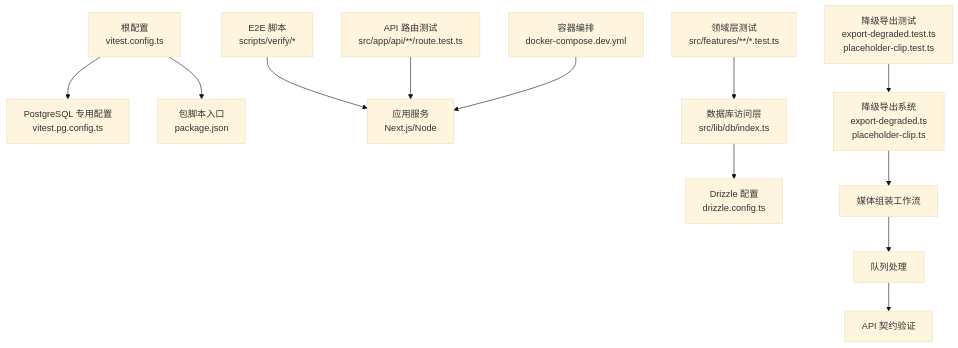
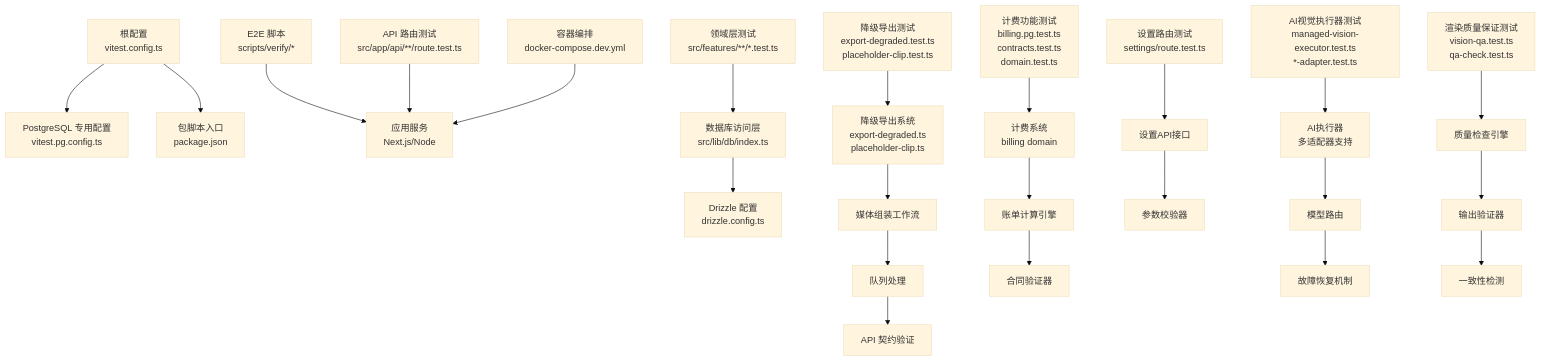
Before and after one commit to scottcwy/PurpleInk: the first of 12 diagrams in .qoder/repowiki/zh/content/测试策略/测试策略.md, drawn with Mermaid (base theme). The commit also changed other lines of this file and 48 other files, not shown here.

````diff
--- a/.qoder/repowiki/zh/content/测试策略/测试策略.md
+++ b/.qoder/repowiki/zh/content/测试策略/测试策略.md
@@ -71,14 +105,25 @@
 ```mermaid
 graph TB
 A["根配置<br/>vitest.config.ts"] --> B["PostgreSQL 专用配置<br/>vitest.pg.config.ts"]
 A --> C["包脚本入口<br/>package.json"]
 D["E2E 脚本<br/>scripts/verify/*"] --> E["应用服务<br/>Next.js/Node"]
 F["API 路由测试<br/>src/app/api/**/route.test.ts"] --> E
 G["领域层测试<br/>src/features/**/*.test.ts"] --> H["数据库访问层<br/>src/lib/db/index.ts"]
 H --> I["Drizzle 配置<br/>drizzle.config.ts"]
 J["容器编排<br/>docker-compose.dev.yml"] --> E
 K["降级导出测试<br/>export-degraded.test.ts<br/>placeholder-clip.test.ts"] --> L["降级导出系统<br/>export-degraded.ts<br/>placeholder-clip.ts"]
 L --> M["媒体组装工作流"]
 M --> N["队列处理"]
 N --> O["API 契约验证"]
+P["计费功能测试<br/>billing.pg.test.ts<br/>contracts.test.ts<br/>domain.test.ts"] --> Q["计费系统<br/>billing domain"]
+Q --> R["账单计算引擎"]
+R --> S["合同验证器"]
+T["设置路由测试<br/>settings/route.test.ts"] --> U["设置API接口"]
+U --> V["参数校验器"]
+W["AI视觉执行器测试<br/>managed-vision-executor.test.ts<br/>*-adapter.test.ts"] --> X["AI执行器<br/>多适配器支持"]
+X --> Y["模型路由"]
+Y --> Z["故障恢复机制"]
+AA["渲染质量保证测试<br/>vision-qa.test.ts<br/>qa-check.test.ts"] --> AB["质量检查引擎"]
+AB --> AC["输出验证器"]
+AC --> AD["一致性检测"]
 ```
````
